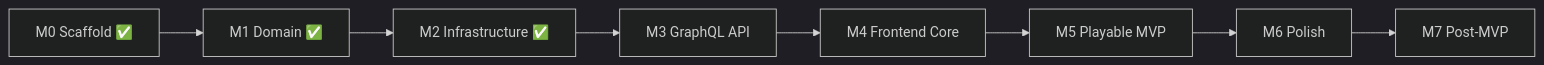
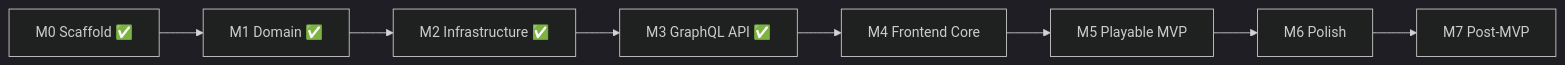
The diagram in .cursor/roadmap.md (tiago4vita/6-nimmt), drawn with Mermaid (dark theme) before and after one commit. The commit also changed other lines of this file and 7 other files, not shown here.

Commit message:
Complete M3 GraphQL API with 401 auth, subscription tests, and GAME_ALREADY_STARTED error mapping.

````diff
--- a/.cursor/roadmap.md
+++ b/.cursor/roadmap.md
@@ -53,10 +57,10 @@
 ```mermaid
 flowchart LR
   M0[M0 Scaffold ✅] --> M1[M1 Domain ✅]
   M1 --> M2[M2 Infrastructure ✅]
-  M2 --> M3[M3 GraphQL API]
+  M2 --> M3[M3 GraphQL API ✅]
   M3 --> M4[M4 Frontend Core]
   M4 --> M5[M5 Playable MVP]
   M5 --> M6[M6 Polish]
   M6 --> M7[M7 Post-MVP]
 ```
````
